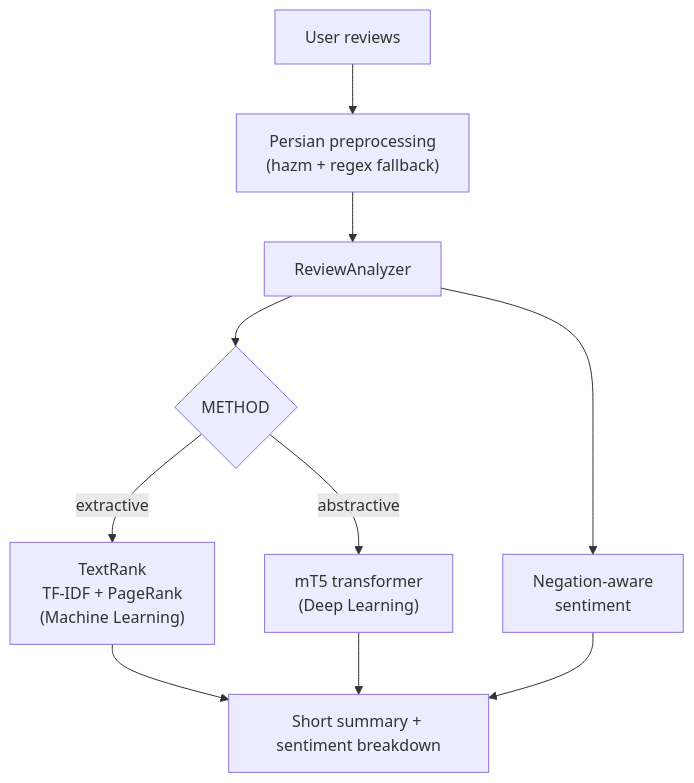
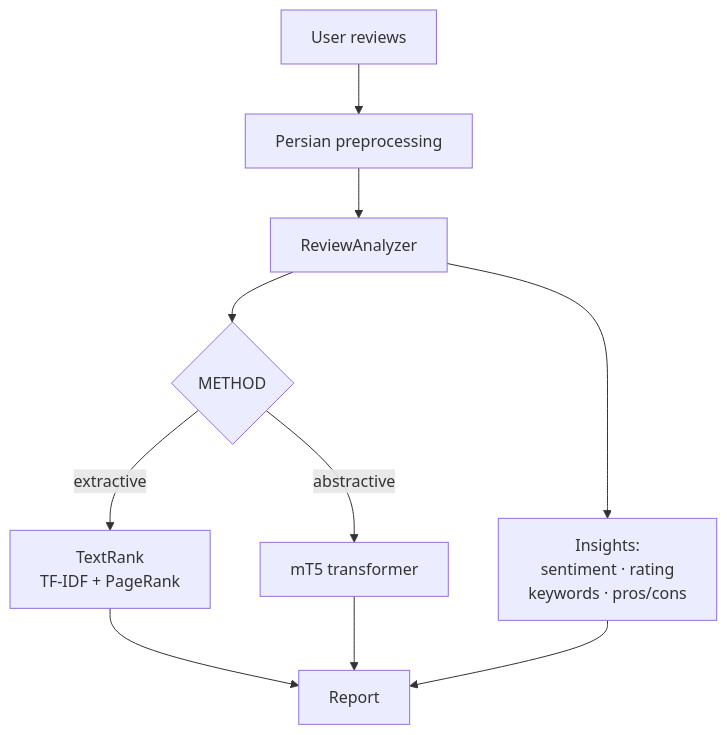
Before and after one commit to Contractileorgandeclination861/persian-review-summarizer-ml: the diagram in README.md, drawn with Mermaid. The commit also changed other lines of this file and 6 other files, not shown here.

Commit message:
Add insights: keywords, pros/cons, star rating; enrich CLI/UI; natural README

````diff
--- a/README.md
+++ b/README.md
@@ -52,12 +56,12 @@
 ```mermaid
 flowchart TD
-    R["User reviews"] --> P["Persian preprocessing<br/>(hazm + regex fallback)"]
+    R["User reviews"] --> P["Persian preprocessing"]
     P --> A["ReviewAnalyzer"]
     A --> M{"METHOD"}
-    M -->|extractive| E["TextRank<br/>TF-IDF + PageRank<br/>(Machine Learning)"]
-    M -->|abstractive| D["mT5 transformer<br/>(Deep Learning)"]
-    A --> S["Negation-aware<br/>sentiment"]
-    E --> OUT["Short summary + sentiment breakdown"]
+    M -->|extractive| E["TextRank<br/>TF-IDF + PageRank"]
+    M -->|abstractive| D["mT5 transformer"]
+    A --> I["Insights:<br/>sentiment · rating<br/>keywords · pros/cons"]
+    E --> OUT["Report"]
     D --> OUT
-    S --> OUT
+    I --> OUT
 ```
````
